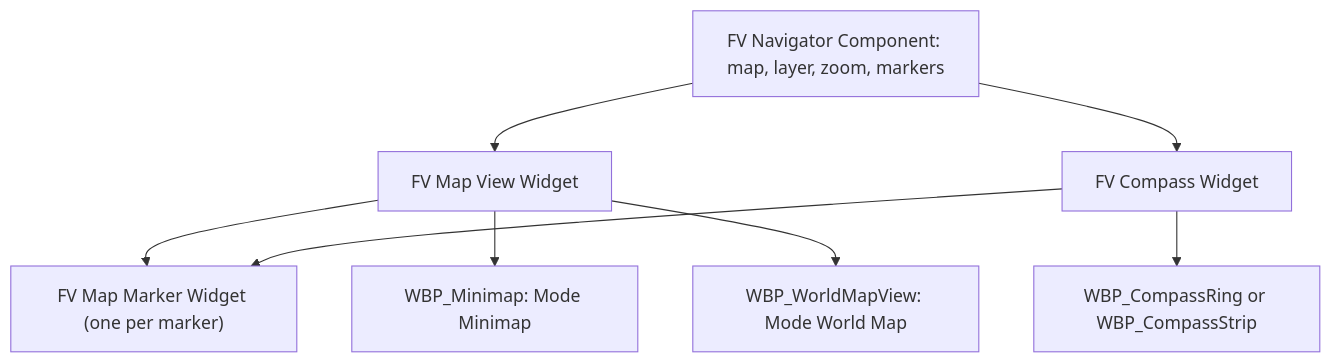
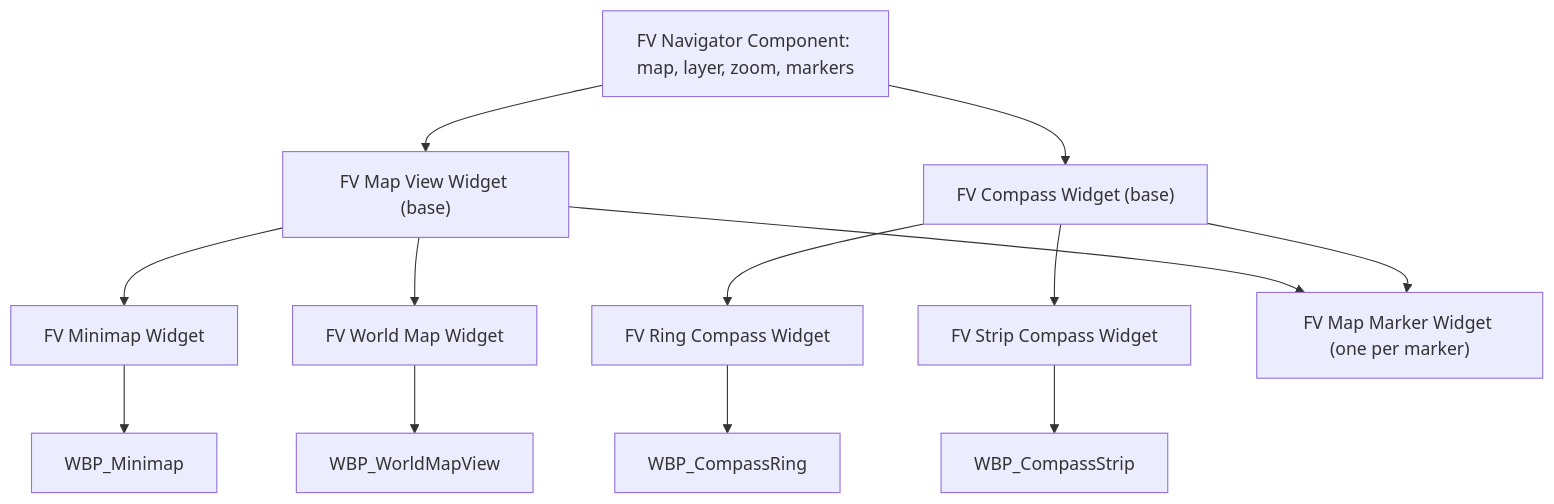
One commit to tec-sx/FlickerVoid changed the first of 2 diagrams in Docs/Setup/FVNavigationSystem.md. Above: the diagram before and after it, drawn with Mermaid. The commit also changed other lines of this file and 16 other files, not shown here.

First line of the commit message:
Split map and compass widgets per review, move descriptions into tooltips

````diff
--- a/Docs/Setup/FVNavigationSystem.md
+++ b/Docs/Setup/FVNavigationSystem.md
@@ -91,10 +91,11 @@
 ```mermaid
 flowchart TD
-  Nav["FV Navigator Component: map, layer, zoom, markers"] --> MV["FV Map View Widget"]
-  Nav --> CP["FV Compass Widget"]
+  Nav["FV Navigator Component: map, layer, zoom, markers"] --> MV["FV Map View Widget (base)"]
+  Nav --> CP["FV Compass Widget (base)"]
+  MV --> Mini["FV Minimap Widget"] --> WMini["WBP_Minimap"]
+  MV --> World["FV World Map Widget"] --> WWorld["WBP_WorldMapView"]
+  CP --> Ring["FV Ring Compass Widget"] --> WRing["WBP_CompassRing"]
+  CP --> Strip["FV Strip Compass Widget"] --> WStrip["WBP_CompassStrip"]
   MV --> MK["FV Map Marker Widget (one per marker)"]
   CP --> MK
-  MV --> Mini["WBP_Minimap: Mode Minimap"]
-  MV --> WMV["WBP_WorldMapView: Mode World Map"]
-  CP --> Ring["WBP_CompassRing or WBP_CompassStrip"]
 ```
````
